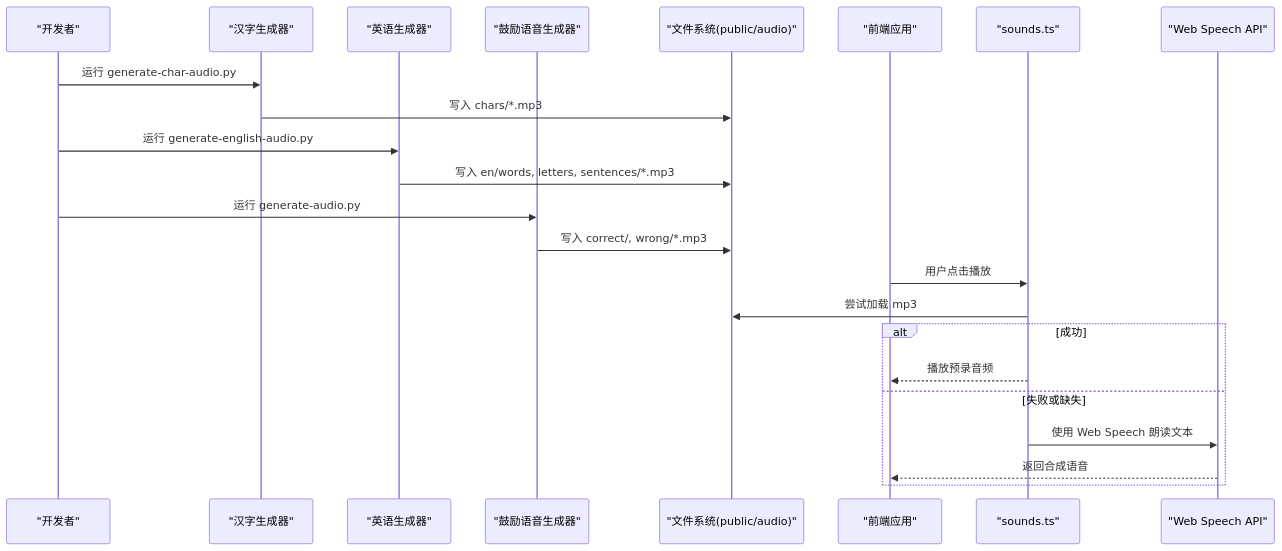
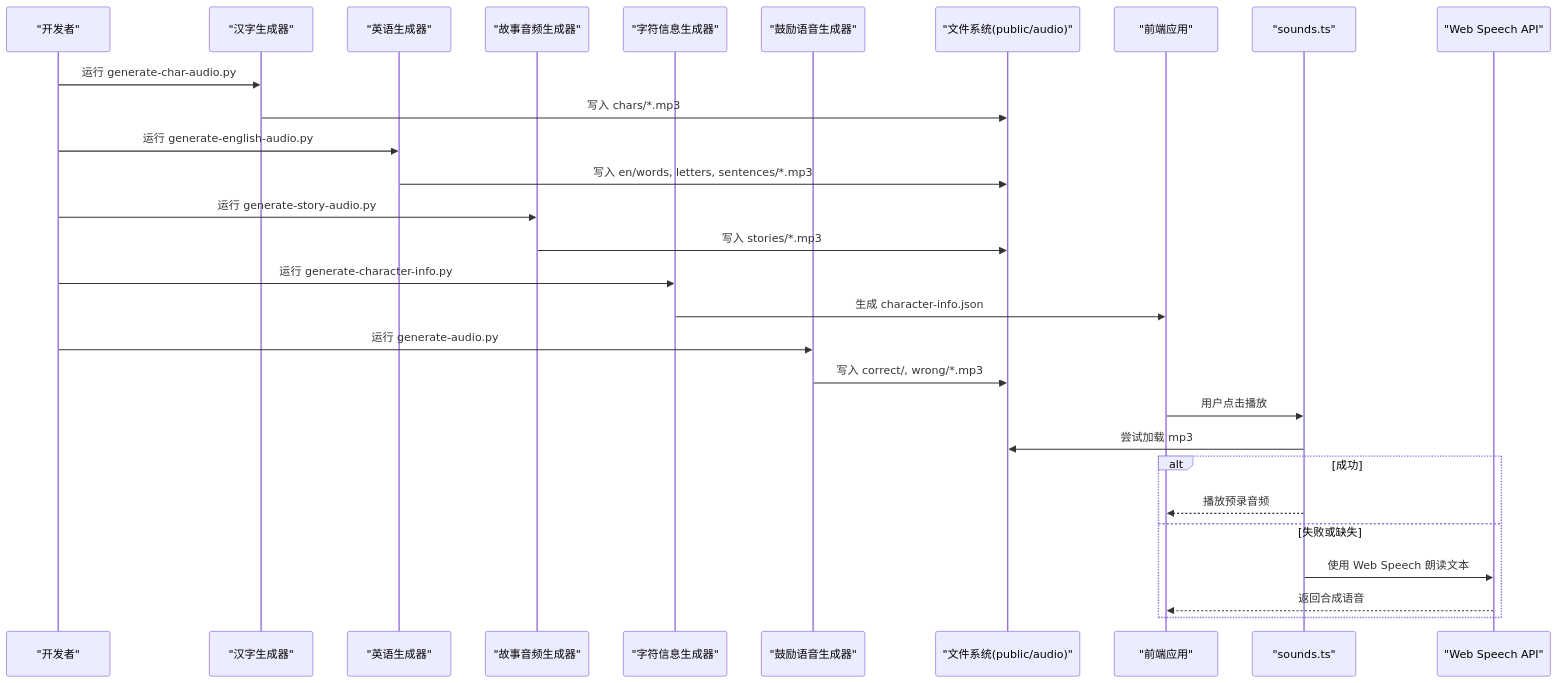
Before and after one commit to wudeng2005/rainbow-learning: the second of 10 diagrams in .qoder/repowiki/zh/content/构建与部署/音频生成指南.md, drawn with Mermaid. The commit also changed other lines of this file and 58 other files, not shown here.

Commit message:
feat: UI优化与组件升级 - 新增DreamBackground梦幻背景组件 - 优化BottomNav、DailyComplete、Layout等组件样式 - 更新汉字/数学/英语学习页面交互体验 - 优化ProgressBar、OptionCard等通用组件 - 更新音频播放与数据库同步逻辑 - 新增封面图片资源 - 更新知识库文档

````diff
--- a/.qoder/repowiki/zh/content/构建与部署/音频生成指南.md
+++ b/.qoder/repowiki/zh/content/构建与部署/音频生成指南.md
@@ -120,25 +150,31 @@
 ```mermaid
 sequenceDiagram
 participant Dev as "开发者"
 participant GenChar as "汉字生成器"
 participant GenEn as "英语生成器"
+participant GenStory as "故事音频生成器"
+participant GenCharInfo as "字符信息生成器"
 participant GenEnc as "鼓励语音生成器"
 participant FS as "文件系统(public/audio)"
 participant App as "前端应用"
 participant Player as "sounds.ts"
 participant Browser as "Web Speech API"
 Dev->>GenChar : 运行 generate-char-audio.py
 GenChar->>FS : 写入 chars/*.mp3
 Dev->>GenEn : 运行 generate-english-audio.py
 GenEn->>FS : 写入 en/words, letters, sentences/*.mp3
+Dev->>GenStory : 运行 generate-story-audio.py
+GenStory->>FS : 写入 stories/*.mp3
+Dev->>GenCharInfo : 运行 generate-character-info.py
+GenCharInfo->>App : 生成 character-info.json
 Dev->>GenEnc : 运行 generate-audio.py
 GenEnc->>FS : 写入 correct/, wrong/*.mp3
 App->>Player : 用户点击播放
 Player->>FS : 尝试加载 mp3
 alt 成功
 Player-->>App : 播放预录音频
 else 失败或缺失
 Player->>Browser : 使用 Web Speech 朗读文本
 Browser-->>App : 返回合成语音
 end
 ```
````
